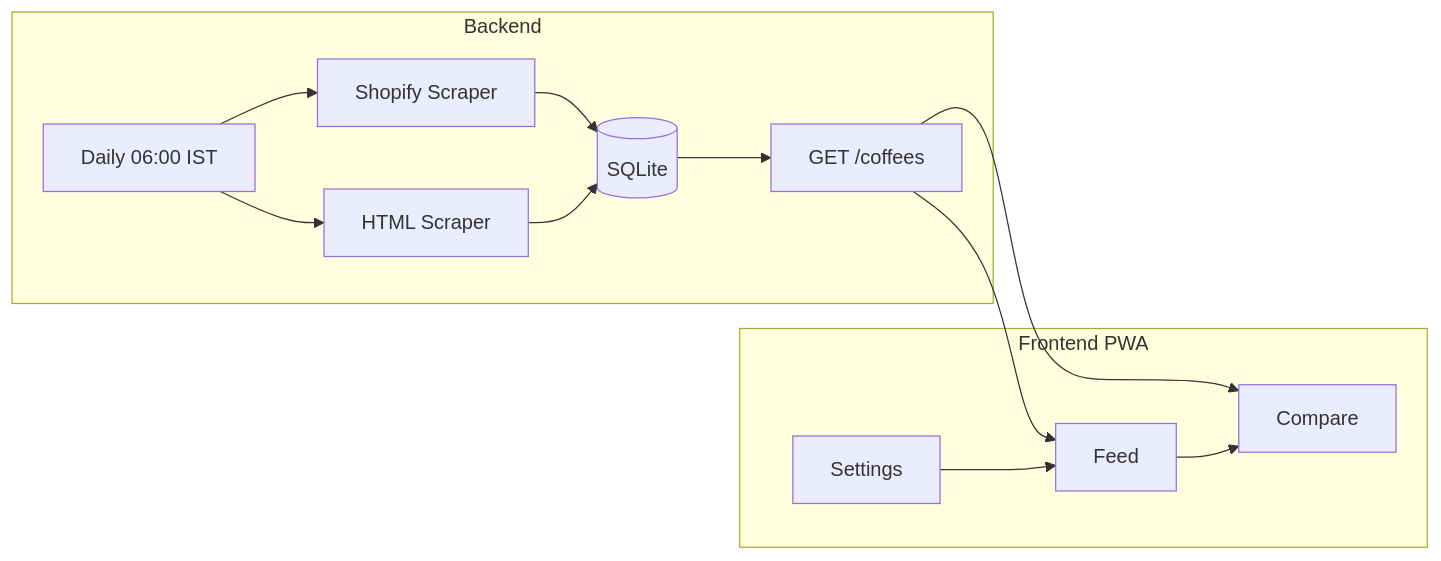
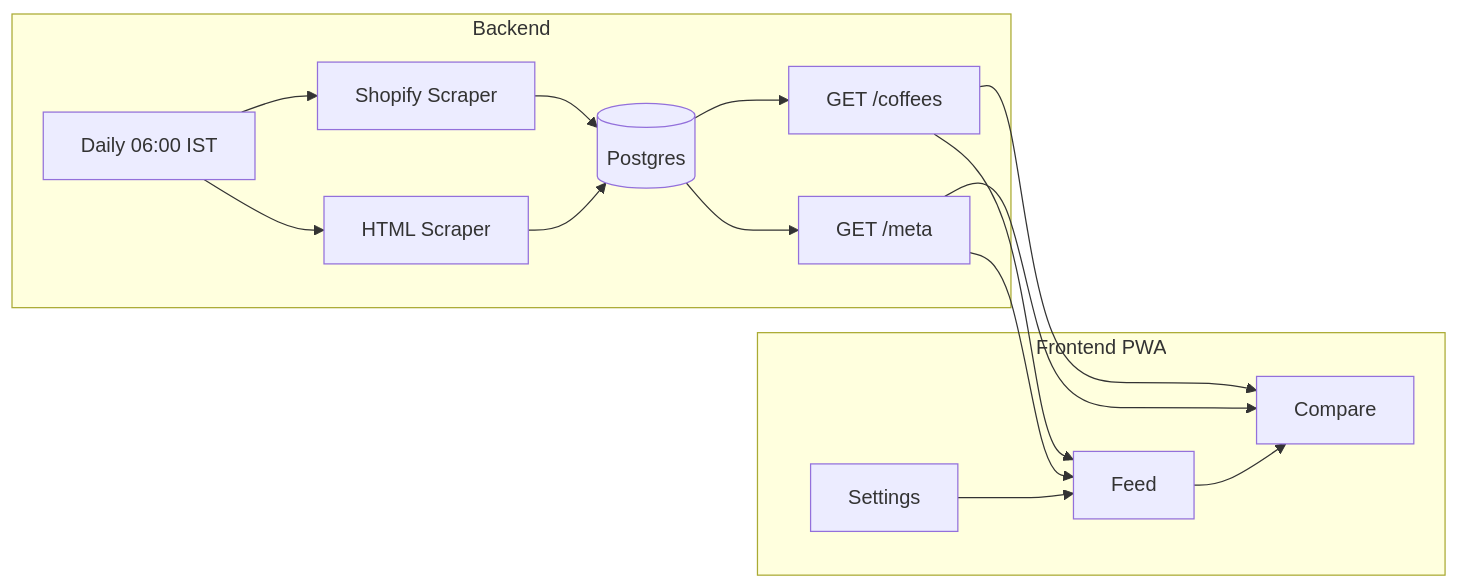
The diagram in docs/HLD.md (deepbehal1299/origin), drawn with Mermaid before and after one commit. The commit also changed other lines of this file and 36 other files, not shown here.

````diff
--- a/docs/HLD.md
+++ b/docs/HLD.md
@@ -12,24 +12,28 @@
 ```mermaid
 flowchart LR
   subgraph backend [Backend]
     Cron[Daily 06:00 IST]
     Shopify[Shopify Scraper]
     HTML[HTML Scraper]
-    DB[(SQLite)]
+    DB[(Postgres)]
+    Meta[GET /meta]
     API[GET /coffees]
     Cron --> Shopify
     Cron --> HTML
     Shopify --> DB
     HTML --> DB
     DB --> API
+    DB --> Meta
   end
   subgraph frontend [Frontend PWA]
     Feed[Feed]
     Compare[Compare]
     Settings[Settings]
     API --> Feed
     API --> Compare
+    Meta --> Feed
+    Meta --> Compare
   end
   Feed --> Compare
   Settings --> Feed
 ```
````
